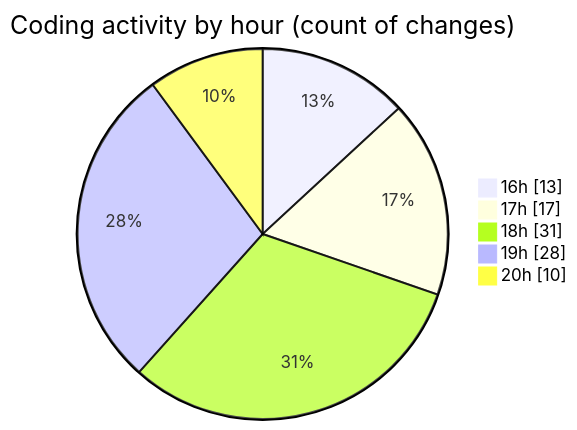
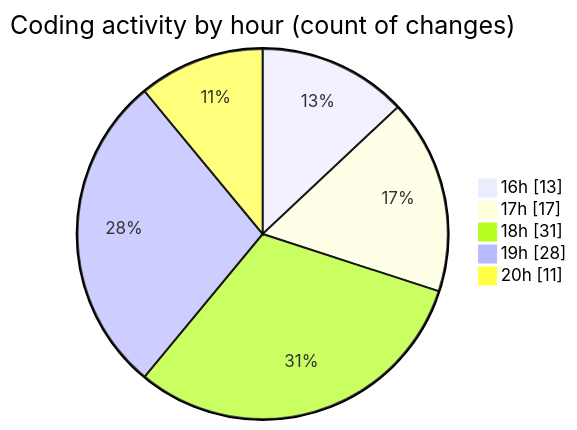
The second of 2 diagrams in 2025-05-28/studio-backend/README.md (idhammustaqopulfikri/code-tracking), drawn with Mermaid before and after one commit. The commit also changed other lines of this file and 1 other file, not shown here.

````diff
--- a/2025-05-28/studio-backend/README.md
+++ b/2025-05-28/studio-backend/README.md
@@ -54,9 +54,9 @@
 ```mermaid
 pie showData
 title Coding activity by hour (count of changes)
 "16h" : 13
 "17h" : 17
 "18h" : 31
 "19h" : 28
-"20h" : 10
+"20h" : 11
 ```
````
